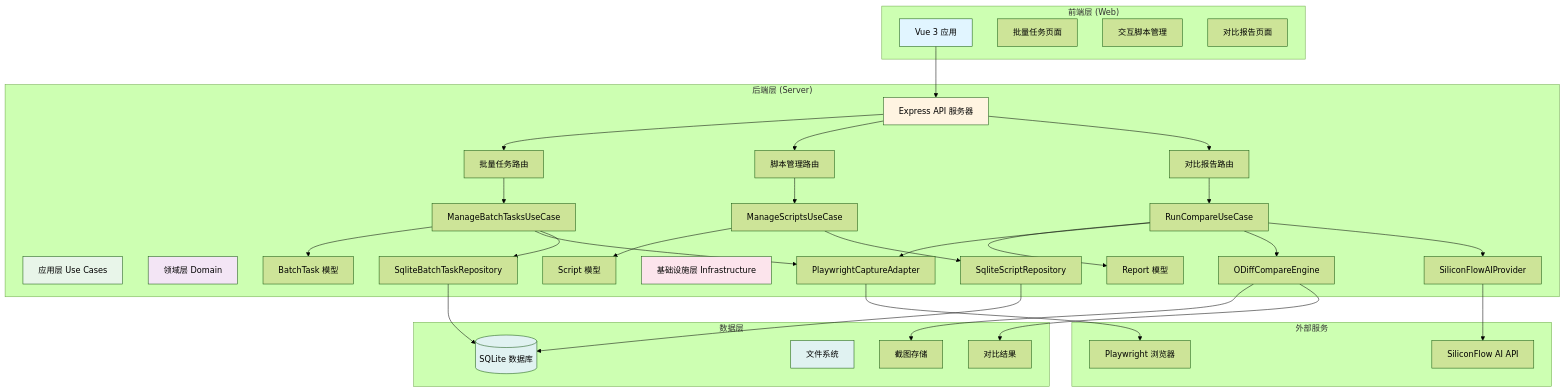
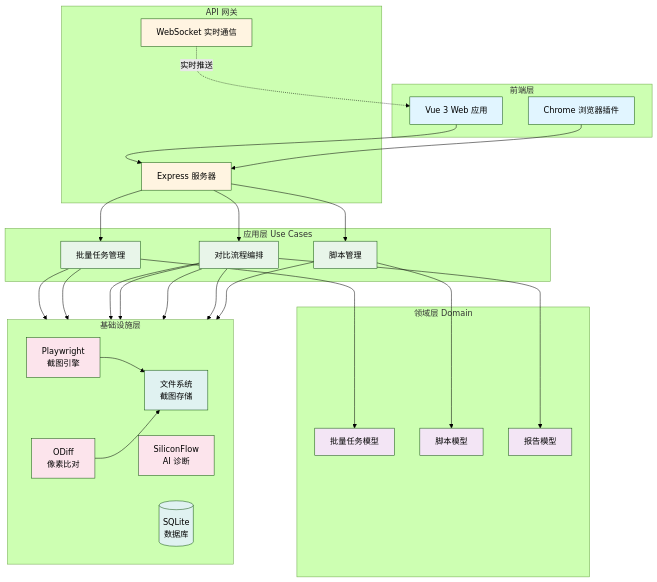
One commit to liyongshun1018/UI-Eye changed the first of 2 diagrams in docs/项目架构文档.md. Above: the diagram before and after it, drawn with Mermaid (forest theme). The commit also changed other lines of this file, not shown here.

Commit message:
docs: 优化架构图表，简化结构并全部使用中文描述

````diff
--- a/docs/项目架构文档.md
+++ b/docs/项目架构文档.md
@@ -11,72 +11,69 @@
 ```mermaid
 graph TB
-    subgraph "前端层 (Web)"
-        A[Vue 3 应用]
-        A1[批量任务页面]
-        A2[交互脚本管理]
-        A3[对比报告页面]
+    subgraph "前端层"
+        Web[Vue 3 Web 应用]
+        Plugin[Chrome 浏览器插件]
     end
 
-    subgraph "后端层 (Server)"
-        B[Express API 服务器]
-        B1[批量任务路由]
-        B2[脚本管理路由]
-        B3[对比报告路由]
-        
-        C[应用层 Use Cases]
-        C1[ManageBatchTasksUseCase]
-        C2[RunCompareUseCase]
-        C3[ManageScriptsUseCase]
-        
-        D[领域层 Domain]
-        D1[BatchTask 模型]
-        D2[Script 模型]
-        D3[Report 模型]
-        
-        E[基础设施层 Infrastructure]
-        E1[PlaywrightCaptureAdapter]
-        E2[ODiffCompareEngine]
-        E3[SiliconFlowAIProvider]
-        E4[SqliteBatchTaskRepository]
-        E5[SqliteScriptRepository]
+    subgraph "API 网关"
+        API[Express 服务器]
+        WS[WebSocket 实时通信]
     end
 
-    subgraph "数据层"
-        F[(SQLite 数据库)]
-        G[文件系统]
-        G1[截图存储]
-        G2[对比结果]
+    subgraph "应用层 Use Cases"
+        UC1[批量任务管理]
+        UC2[对比流程编排]
+        UC3[脚本管理]
     end
 
-    subgraph "外部服务"
-        H[Playwright 浏览器]
-        I[SiliconFlow AI API]
+    subgraph "领域层 Domain"
+        M1[批量任务模型]
+        M2[脚本模型]
+        M3[报告模型]
     end
 
-    A --> B
-    B --> B1 & B2 & B3
-    B1 --> C1
-    B2 --> C3
-    B3 --> C2
+    subgraph "基础设施层"
+        direction LR
+        Playwright[Playwright<br/>截图引擎]
+        ODiff[ODiff<br/>像素比对]
+        AI[SiliconFlow<br/>AI 诊断]
+        DB[(SQLite<br/>数据库)]
+        FS[文件系统<br/>截图存储]
+    end
+
+    Web --> API
+    Plugin --> API
+    API --> UC1 & UC2 & UC3
+    WS -.实时推送.-> Web
     
-    C1 --> D1
-    C2 --> D3
-    C3 --> D2
+    UC1 --> M1
+    UC2 --> M3
+    UC3 --> M2
     
-    C1 --> E1 & E4
-    C2 --> E1 & E2 & E3
-    C3 --> E5
+    UC1 --> Playwright
+    UC1 --> DB
+    UC2 --> Playwright
+    UC2 --> ODiff
+    UC2 --> AI
+    UC2 --> DB
+    UC3 --> DB
     
-    E1 --> H
-    E2 --> G1 & G2
-    E3 --> I
-    E4 & E5 --> F
+    Playwright --> FS
+    ODiff --> FS
     
-    style A fill:#e1f5ff
-    style B fill:#fff4e1
-    style C fill:#e8f5e9
-    style D fill:#f3e5f5
-    style E fill:#fce4ec
-    style F fill:#e0f2f1
-    style G fill:#e0f2f1
+    style Web fill:#e1f5ff
+    style Plugin fill:#e1f5ff
+    style API fill:#fff4e1
+    style WS fill:#fff4e1
+    style UC1 fill:#e8f5e9
+    style UC2 fill:#e8f5e9
+    style UC3 fill:#e8f5e9
+    style M1 fill:#f3e5f5
+    style M2 fill:#f3e5f5
+    style M3 fill:#f3e5f5
+    style Playwright fill:#fce4ec
+    style ODiff fill:#fce4ec
+    style AI fill:#fce4ec
+    style DB fill:#e0f2f1
+    style FS fill:#e0f2f1
 ```
````
